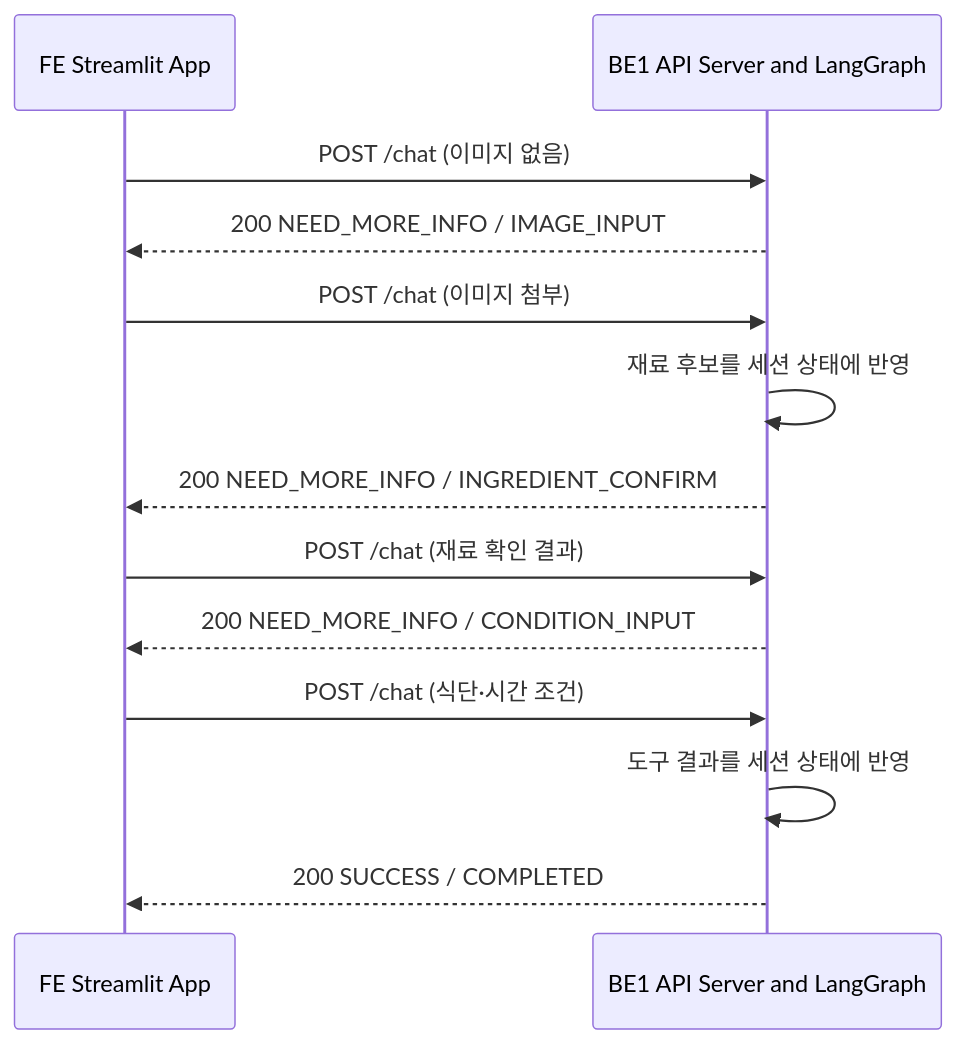
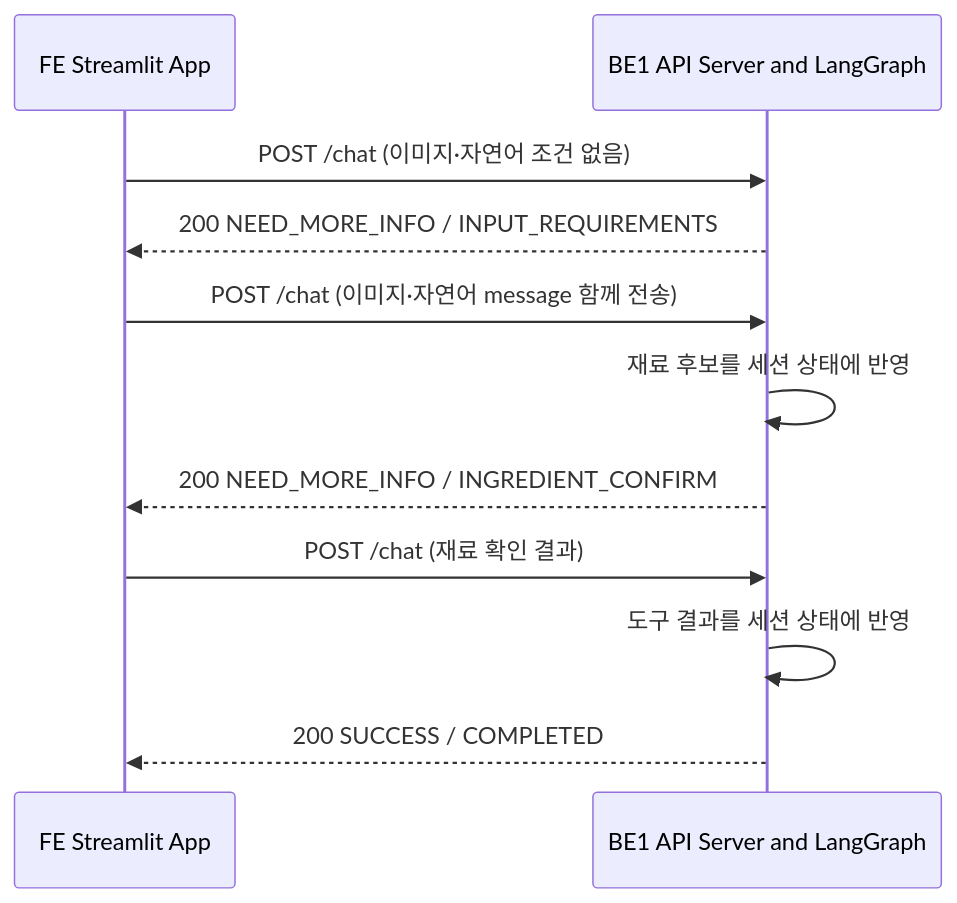
One commit to DongJunee/2026_aio2_p2_PlanEat_Backend changed the first of 3 diagrams in docs/data-flow.md. Above: the diagram before and after it, drawn with Mermaid. The commit also changed other lines of this file and 17 other files, not shown here.

````diff
--- a/docs/data-flow.md
+++ b/docs/data-flow.md
@@ -18,19 +18,16 @@
 ```mermaid
 sequenceDiagram
     participant FE as FE Streamlit App
     participant BE1 as BE1 API Server and LangGraph
 
-    FE->>BE1: POST /chat (이미지 없음)
-    BE1-->>FE: 200 NEED_MORE_INFO / IMAGE_INPUT
+    FE->>BE1: POST /chat (이미지·자연어 조건 없음)
+    BE1-->>FE: 200 NEED_MORE_INFO / INPUT_REQUIREMENTS
 
-    FE->>BE1: POST /chat (이미지 첨부)
+    FE->>BE1: POST /chat (이미지·자연어 message 함께 전송)
     BE1->>BE1: 재료 후보를 세션 상태에 반영
     BE1-->>FE: 200 NEED_MORE_INFO / INGREDIENT_CONFIRM
 
     FE->>BE1: POST /chat (재료 확인 결과)
-    BE1-->>FE: 200 NEED_MORE_INFO / CONDITION_INPUT
-
-    FE->>BE1: POST /chat (식단·시간 조건)
     BE1->>BE1: 도구 결과를 세션 상태에 반영
     BE1-->>FE: 200 SUCCESS / COMPLETED
 ```
````
